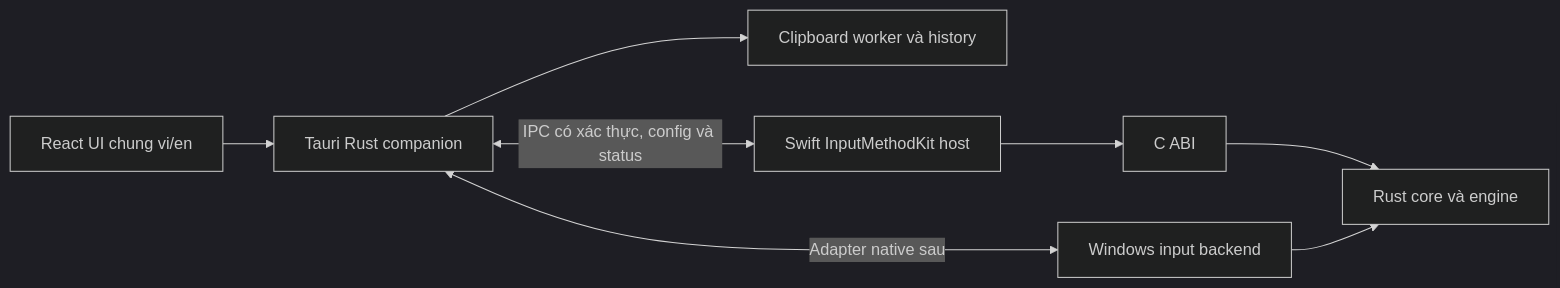
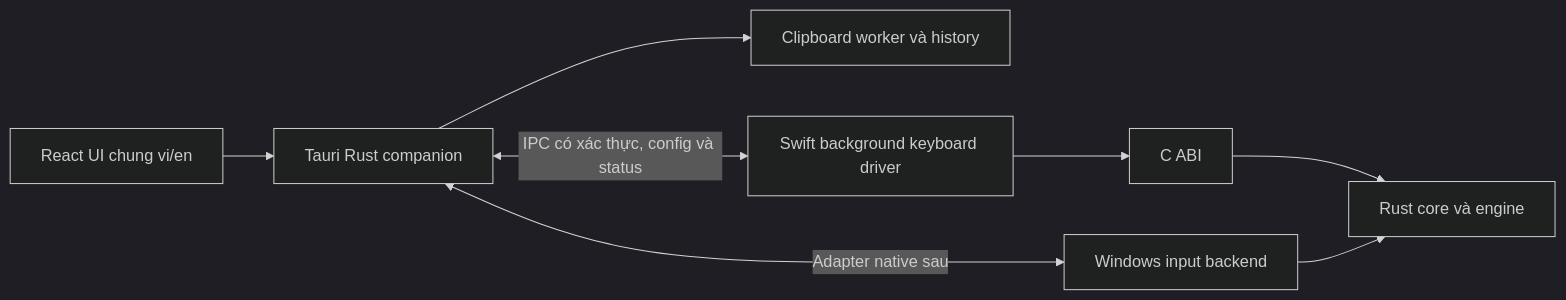
Before and after one commit to linhbv94/VXKey: the diagram in docs/spec/00_system_overview.md, drawn with Mermaid (dark theme). The commit also changed other lines of this file and 161 other files, not shown here.

````diff
--- a/docs/spec/00_system_overview.md
+++ b/docs/spec/00_system_overview.md
@@ -17,10 +19,10 @@
 ```mermaid
 flowchart LR
     ui[React UI chung vi/en] --> host[Tauri Rust companion]
     host --> clip[Clipboard worker và history]
-    host <-->|IPC có xác thực, config và status| mac[Swift InputMethodKit host]
+    host <-->|IPC có xác thực, config và status| mac[Swift background keyboard driver]
     mac --> ffi[C ABI]
     ffi --> core[Rust core và engine]
     host <-->|Adapter native sau| win[Windows input backend]
     win --> core
 ```
````
